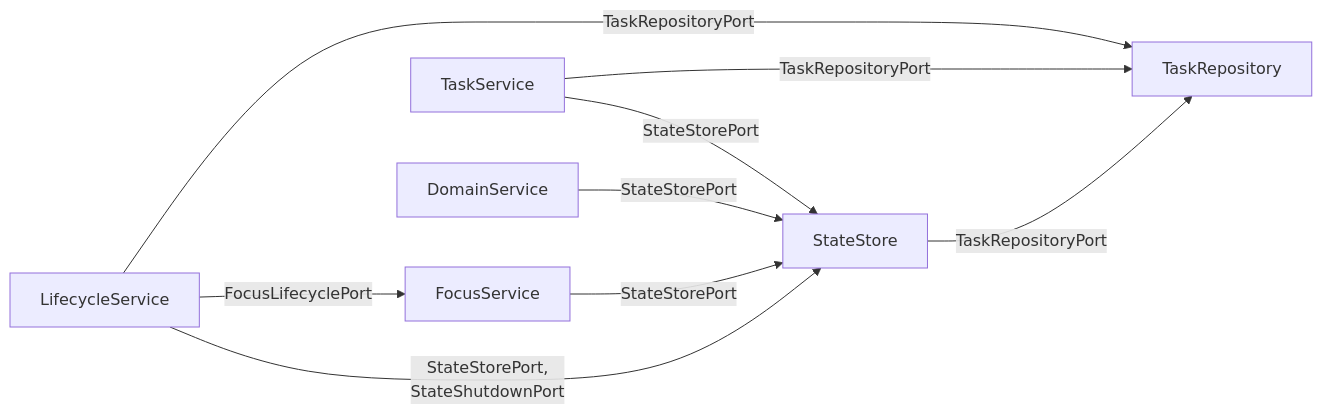
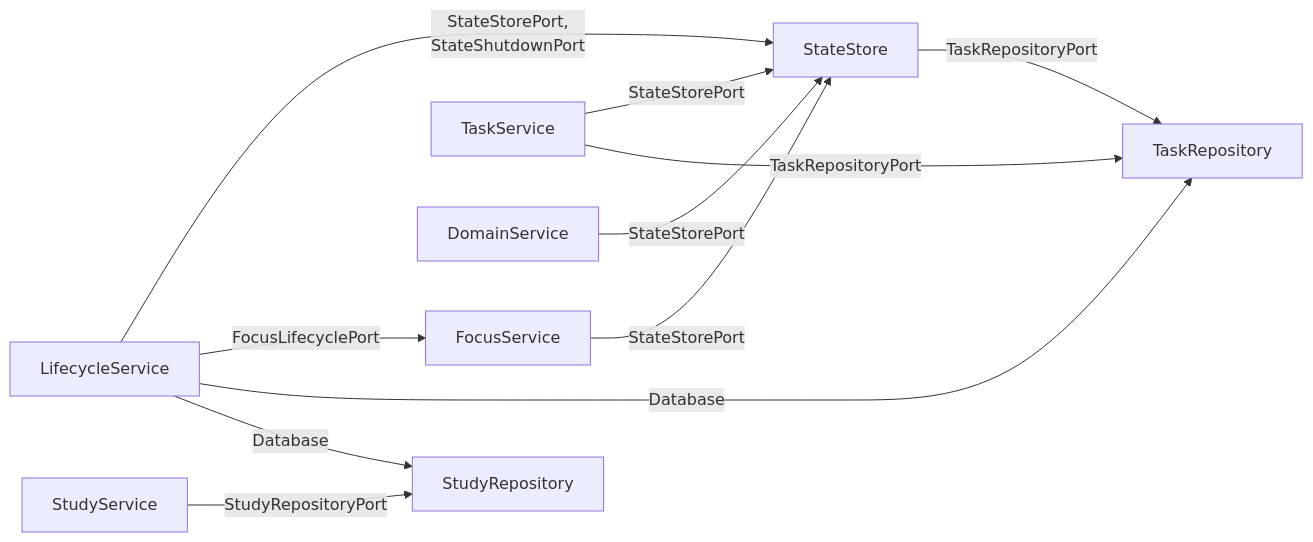
One commit to DevJuan95/ritmo changed the fifth of 13 diagrams in docs/arquitectura.md. Above: the diagram before and after it, drawn with Mermaid. The commit also changed other lines of this file and 26 other files, not shown here.

````diff
--- a/docs/arquitectura.md
+++ b/docs/arquitectura.md
@@ -162,18 +169,22 @@
 ```mermaid
 flowchart LR
   focus["FocusService"]
   taskService["TaskService"]
   domainService["DomainService"]
   lifecycle["LifecycleService"]
   store["StateStore"]
   repo["TaskRepository"]
+  studyService["StudyService"]
+  studyRepo["StudyRepository"]
 
   focus -- "StateStorePort" --> store
   taskService -- "StateStorePort" --> store
   taskService -- "TaskRepositoryPort" --> repo
   domainService -- "StateStorePort" --> store
   lifecycle -- "StateStorePort,<br/>StateShutdownPort" --> store
   lifecycle -- "FocusLifecyclePort" --> focus
-  lifecycle -- "TaskRepositoryPort" --> repo
+  lifecycle -- "Database" --> repo
+  lifecycle -- "Database" --> studyRepo
   store -- "TaskRepositoryPort" --> repo
+  studyService -- "StudyRepositoryPort" --> studyRepo
 ```
````
